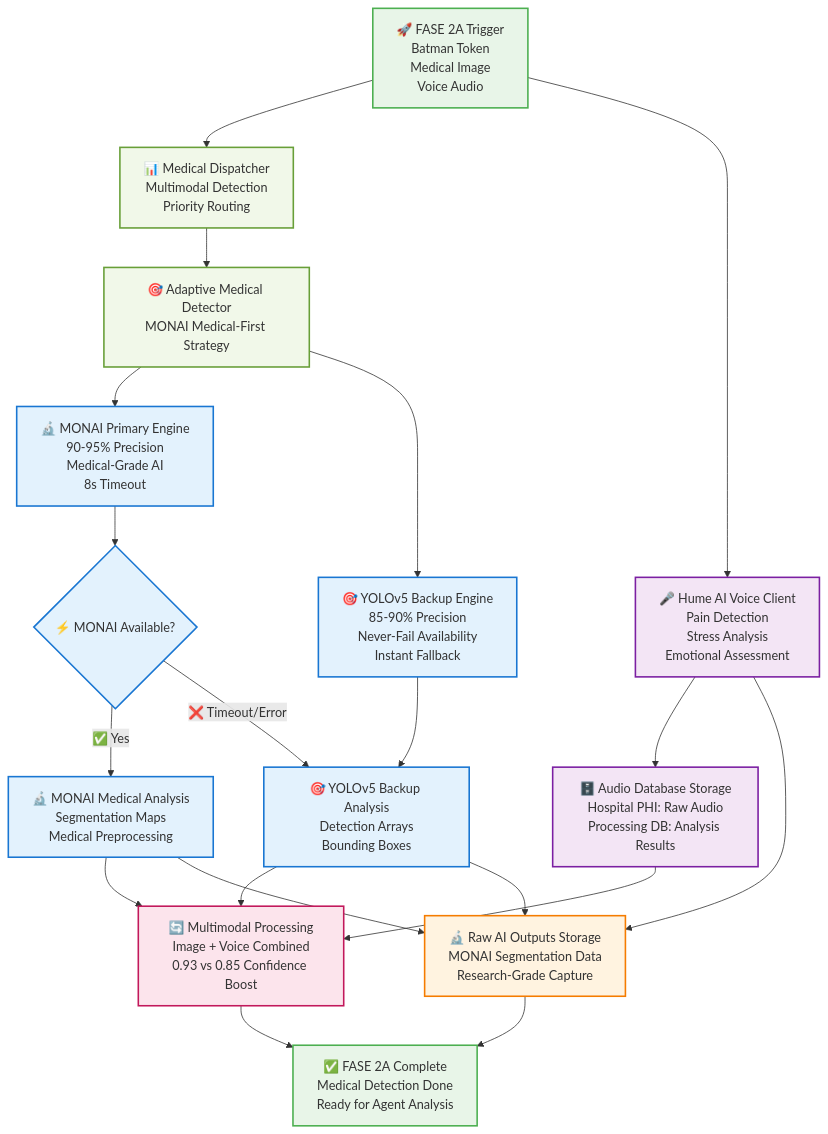
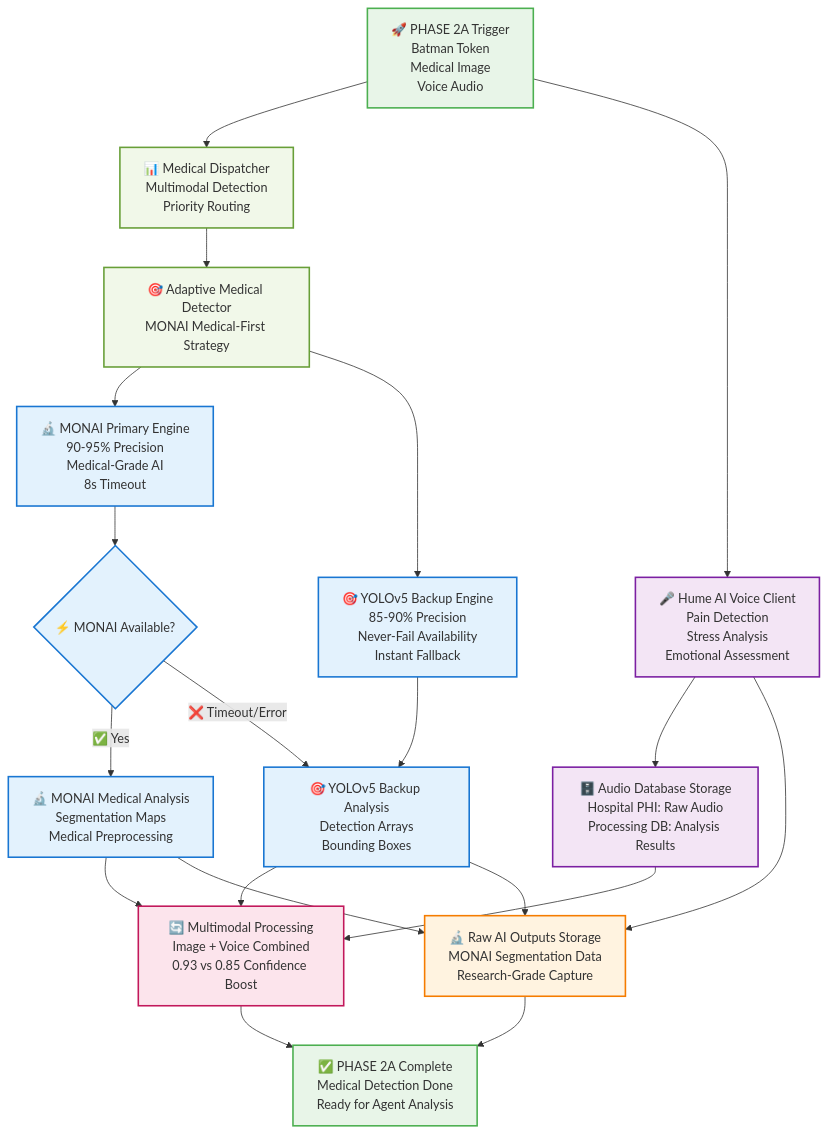
The second of 5 diagrams in docs/ARCHITECTURE.md (AutonomosCdM/vigia-medical-ai), drawn with Mermaid before and after one commit. The commit also changed other lines of this file, not shown here.

First line of the commit message:
fix: Standardize architecture documentation to professional English

````diff
--- a/docs/ARCHITECTURE.md
+++ b/docs/ARCHITECTURE.md
@@ -99,54 +99,54 @@
 ```mermaid
 graph TD
-    %% FASE 2A TRIGGER INPUT
-    A[🚀 FASE 2A Trigger<br/>Batman Token<br/>Medical Image<br/>Voice Audio] --> B[📊 Medical Dispatcher<br/>Multimodal Detection<br/>Priority Routing]
+    %% PHASE 2A TRIGGER INPUT
+    A[🚀 PHASE 2A Trigger<br/>Batman Token<br/>Medical Image<br/>Voice Audio] --> B[📊 Medical Dispatcher<br/>Multimodal Detection<br/>Priority Routing]
     
     %% ADAPTIVE MEDICAL DETECTION
     B --> C[🎯 Adaptive Medical Detector<br/>MONAI Medical-First Strategy]
     
     %% DUAL AI ENGINE ARCHITECTURE
     C --> D[🔬 MONAI Primary Engine<br/>90-95% Precision<br/>Medical-Grade AI<br/>8s Timeout]
     C --> E[🎯 YOLOv5 Backup Engine<br/>85-90% Precision<br/>Never-Fail Availability<br/>Instant Fallback]
     
     %% INTELLIGENT ROUTING
     D --> F{⚡ MONAI Available?}
     F -->|✅ Yes| G[🔬 MONAI Medical Analysis<br/>Segmentation Maps<br/>Medical Preprocessing]
     F -->|❌ Timeout/Error| H[🎯 YOLOv5 Backup Analysis<br/>Detection Arrays<br/>Bounding Boxes]
     E --> H
     
     %% VOICE ANALYSIS INTEGRATION
     A --> I[🎤 Hume AI Voice Client<br/>Pain Detection<br/>Stress Analysis<br/>Emotional Assessment]
     I --> J[🗄️ Audio Database Storage<br/>Hospital PHI: Raw Audio<br/>Processing DB: Analysis Results]
     
     %% MULTIMODAL PROCESSING
     G --> K[🔄 Multimodal Processing<br/>Image + Voice Combined<br/>0.93 vs 0.85 Confidence Boost]
     H --> K
     J --> K
     
     %% RAW AI OUTPUTS STORAGE
     G --> L[🔬 Raw AI Outputs Storage<br/>MONAI Segmentation Data<br/>Research-Grade Capture]
     H --> L
     I --> L
     
-    %% FASE 2A COMPLETION
-    K --> M[✅ FASE 2A Complete<br/>Medical Detection Done<br/>Ready for Agent Analysis]
+    %% PHASE 2A COMPLETION
+    K --> M[✅ PHASE 2A Complete<br/>Medical Detection Done<br/>Ready for Agent Analysis]
     L --> M
     
     %% STYLING
     classDef triggerNode fill:#e8f5e8,stroke:#4caf50,stroke-width:2px
     classDef medicalNode fill:#f1f8e9,stroke:#689f38,stroke-width:2px
     classDef aiNode fill:#e3f2fd,stroke:#1976d2,stroke-width:2px
     classDef voiceNode fill:#f3e5f5,stroke:#7b1fa2,stroke-width:2px
     classDef agentNode fill:#e1f5fe,stroke:#0277bd,stroke-width:2px
     classDef storageNode fill:#fff3e0,stroke:#f57c00,stroke-width:2px
     classDef analysisNode fill:#fce4ec,stroke:#c2185b,stroke-width:2px
     classDef completionNode fill:#e8f5e8,stroke:#4caf50,stroke-width:2px
     classDef auditNode fill:#ffebee,stroke:#d32f2f,stroke-width:2px
     
     class A,M triggerNode
     class B,C medicalNode
     class D,E,F,G,H aiNode
     class I,J voiceNode
     class K analysisNode
     class L storageNode
 ```
````
